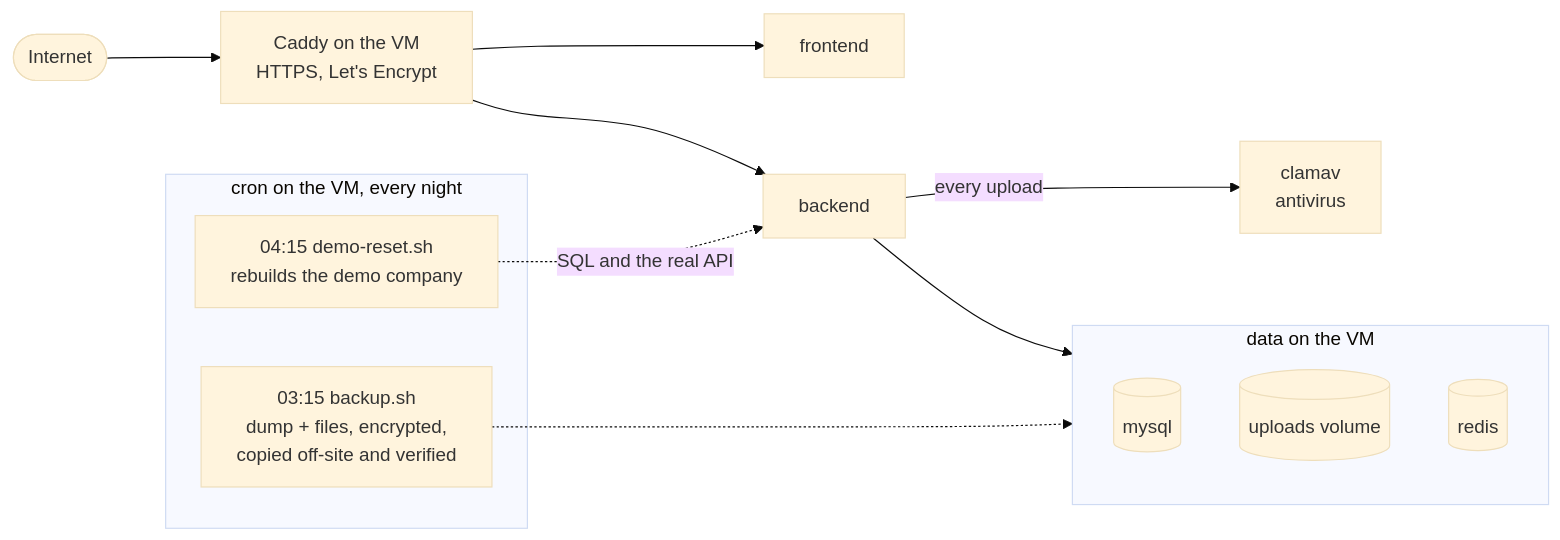
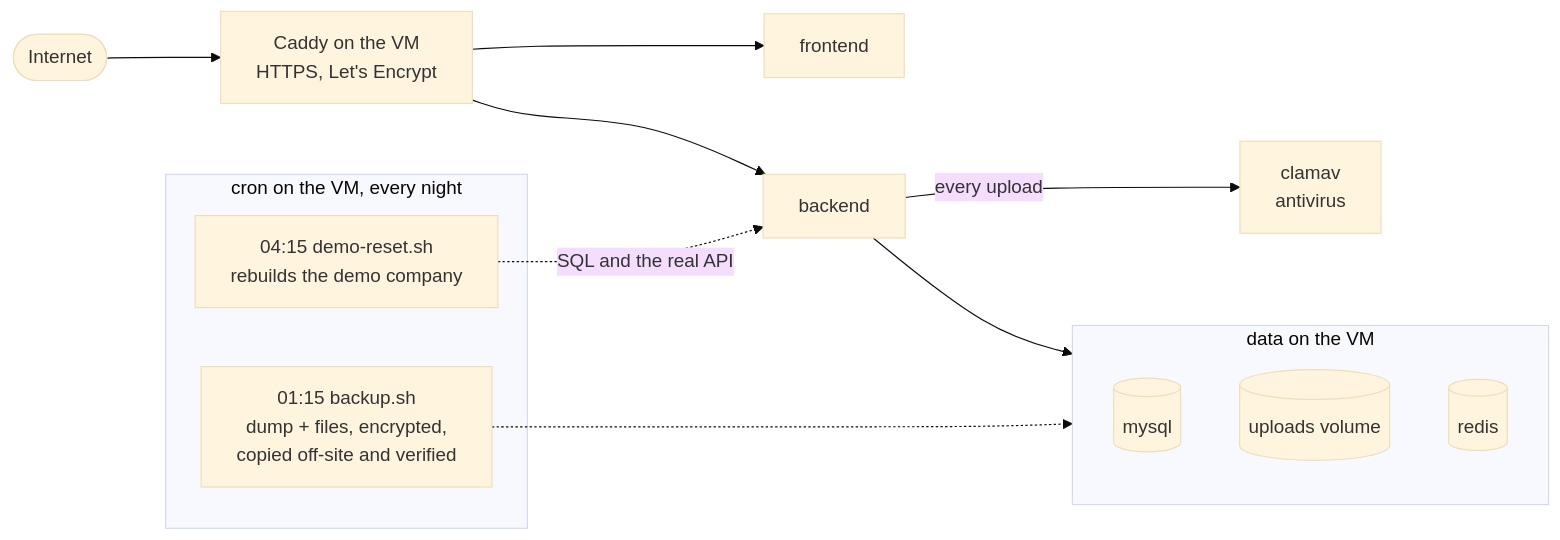
Before and after one commit to DonatoCorbacioDev/bcm-v2-docker: the second of 2 diagrams in README.md, drawn with Mermaid (base theme). The commit also changed 1 other file, not shown here.

Commit message:
docs(backup): document the real cron line, run from the repo checkout

````diff
--- a/README.md
+++ b/README.md
@@ -43,19 +43,19 @@
 ```mermaid
 flowchart LR
     internet(["Internet"]) --> caddy["Caddy on the VM<br/>HTTPS, Let's Encrypt"]
     caddy --> fe["frontend"]
     caddy --> api["backend"]
     subgraph data["data on the VM"]
         db[("mysql")]
         files[("uploads volume")]
         redis[("redis")]
     end
     api --> data
     api -->|every upload| clamav["clamav<br/>antivirus"]
     subgraph nightly["cron on the VM, every night"]
-        backup["03:15 backup.sh<br/>dump + files, encrypted,<br/>copied off-site and verified"]
+        backup["01:15 backup.sh<br/>dump + files, encrypted,<br/>copied off-site and verified"]
         reset["04:15 demo-reset.sh<br/>rebuilds the demo company"]
     end
     backup -.-> data
     reset -.->|SQL and the real API| api
 ```
````
